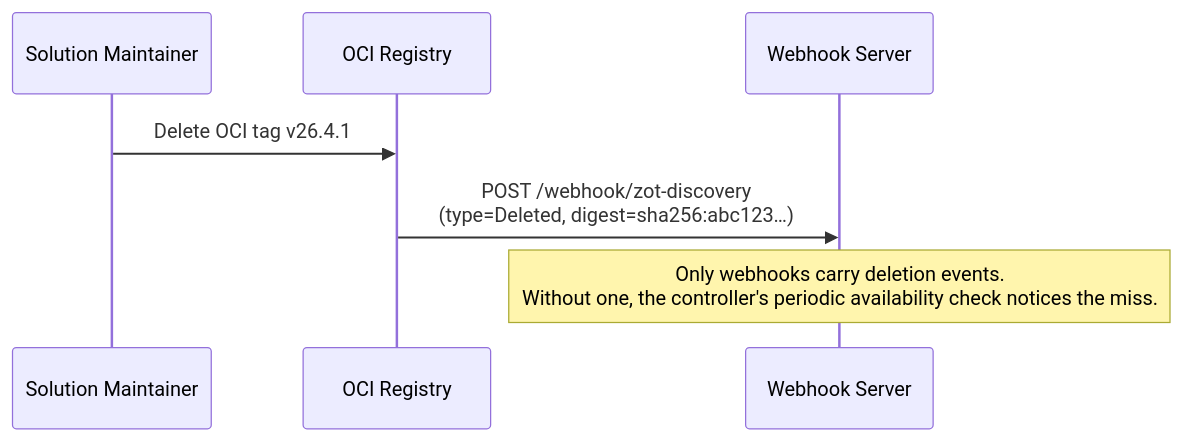
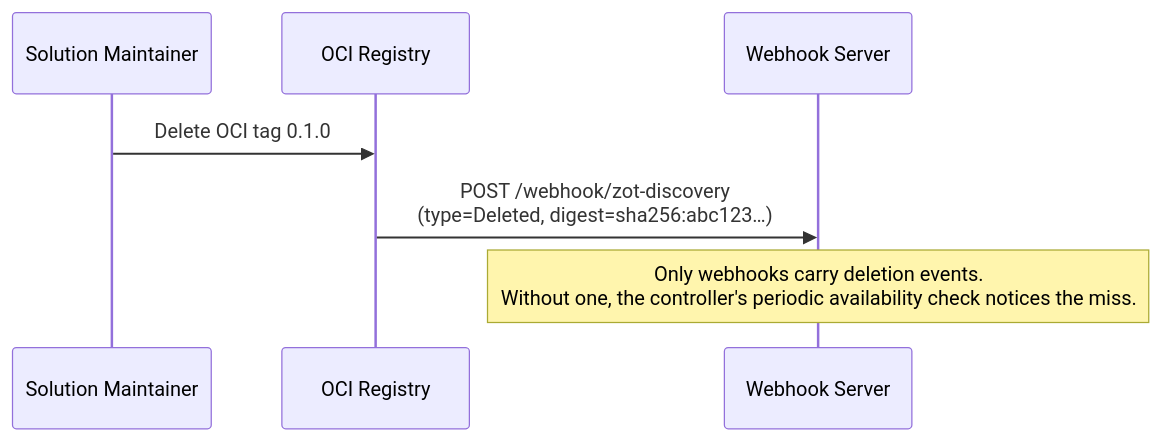
The sixth of 7 diagrams in docs/developer-guide/discovery_pipeline.md (opendefensecloud/solution-arsenal), drawn with Mermaid before and after one commit. The commit also changed other lines of this file and 39 other files, not shown here.

````diff
--- a/docs/developer-guide/discovery_pipeline.md
+++ b/docs/developer-guide/discovery_pipeline.md
@@ -187,10 +187,10 @@
 ```mermaid
 sequenceDiagram
     participant Dev as Solution Maintainer
     participant Reg as OCI Registry
     participant Webhook as Webhook Server
 
-    Dev->>Reg: Delete OCI tag v26.4.1
+    Dev->>Reg: Delete OCI tag 0.1.0
     Reg->>Webhook: POST /webhook/zot-discovery<br/>(type=Deleted, digest=sha256:abc123…)
     Note over Webhook: Only webhooks carry deletion events.<br/>Without one, the controller's periodic availability check notices the miss.
 ```
````
